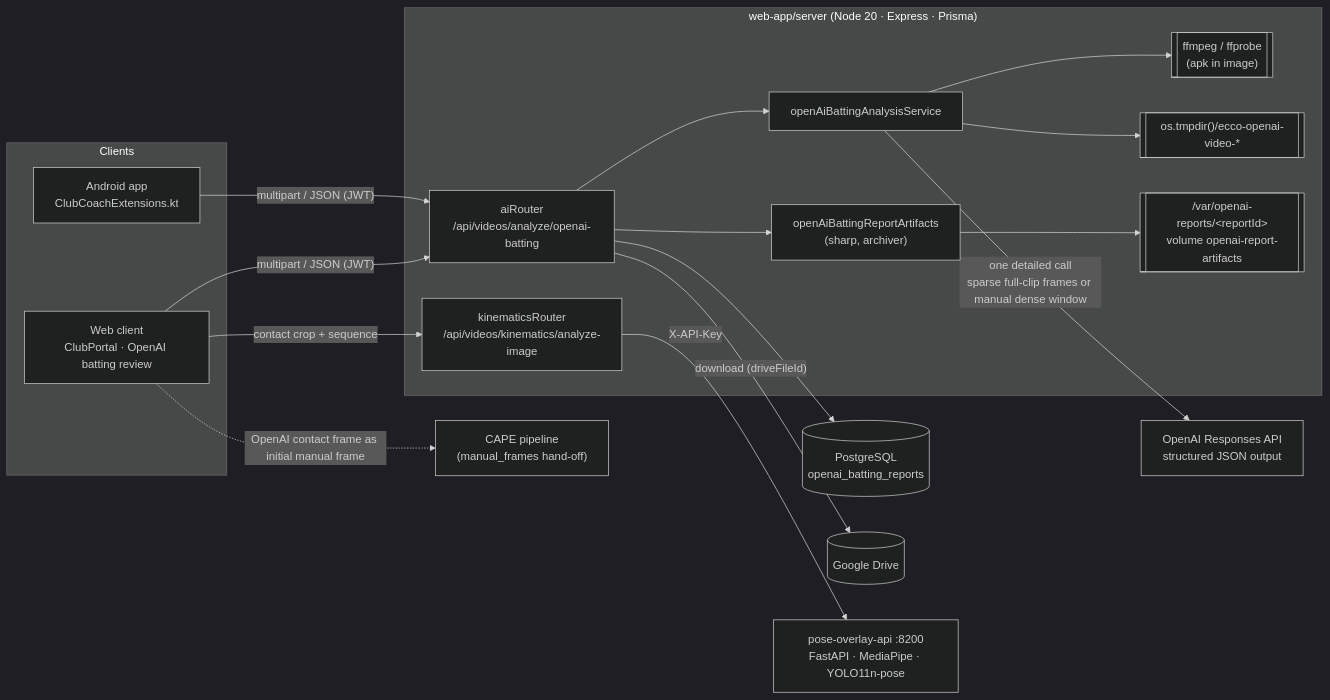
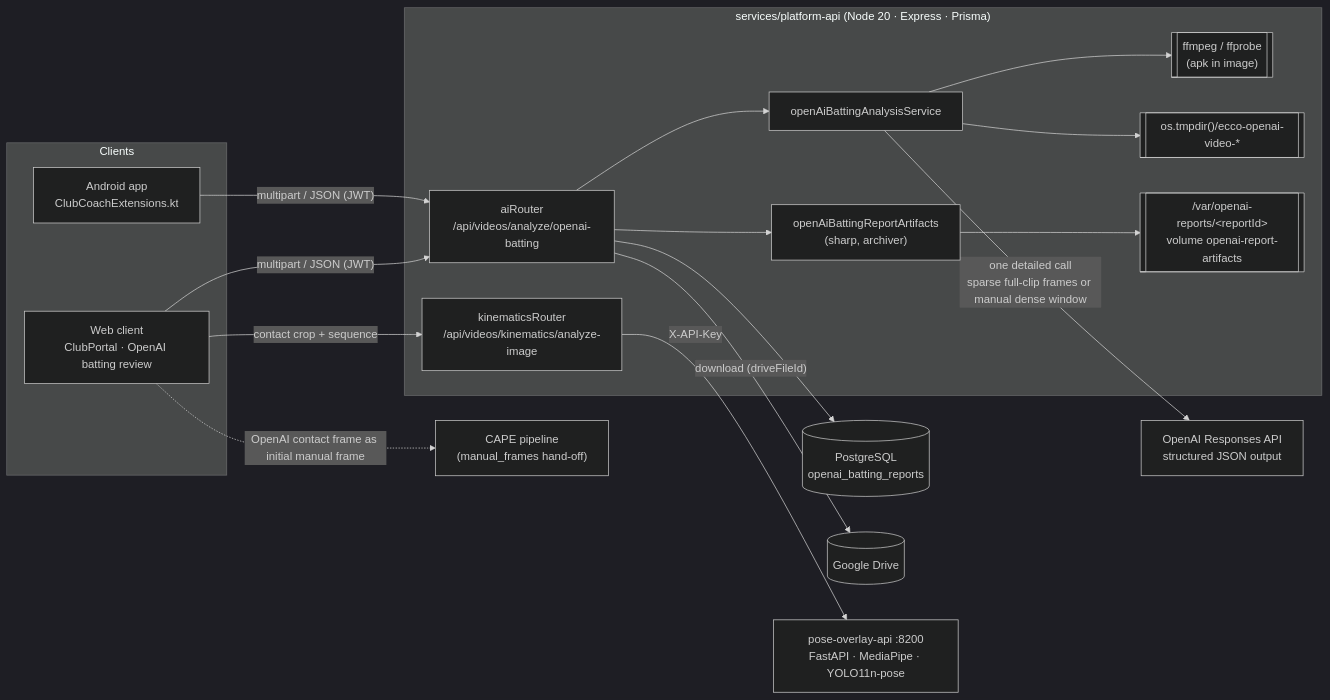
The first of 9 diagrams in docs/openai-analysis-architecture.md (shahanur/eCricketCoach), drawn with Mermaid (dark theme) before and after one commit. The commit also changed other lines of this file and 245 other files, not shown here.

````diff
--- a/docs/openai-analysis-architecture.md
+++ b/docs/openai-analysis-architecture.md
@@ -33,37 +33,37 @@
 ```mermaid
 flowchart LR
     subgraph Clients
         WEB["Web client<br/>ClubPortal · OpenAI batting review"]
         MOB["Android app<br/>ClubCoachExtensions.kt"]
     end
 
-    subgraph Server["web-app/server (Node 20 · Express · Prisma)"]
+    subgraph Server["services/platform-api (Node 20 · Express · Prisma)"]
         R["aiRouter<br/>/api/videos/analyze/openai-batting"]
         S["openAiBattingAnalysisService"]
         A["openAiBattingReportArtifacts<br/>(sharp, archiver)"]
         K["kinematicsRouter<br/>/api/videos/kinematics/analyze-image"]
         FF[["ffmpeg / ffprobe<br/>(apk in image)"]]
         TMP[["os.tmpdir()/ecco-openai-video-*"]]
         VOL[["/var/openai-reports/&lt;reportId&gt;<br/>volume openai-report-artifacts"]]
     end
 
     PG[("PostgreSQL<br/>openai_batting_reports")]
     GD[("Google Drive")]
     OAI["OpenAI Responses API<br/>structured JSON output"]
     POSE["pose-overlay-api :8200<br/>FastAPI · MediaPipe · YOLO11n-pose"]
     CAPE["CAPE pipeline<br/>(manual_frames hand-off)"]
 
     WEB -- "multipart / JSON (JWT)" --> R
     MOB -- "multipart / JSON (JWT)" --> R
     R -- "download (driveFileId)" --> GD
     R --> S
     S --> FF
     S --> TMP
     S -- "one detailed call<br/>sparse full-clip frames or manual dense window" --> OAI
     R --> A
     A --> VOL
     R --> PG
     WEB -- "contact crop + sequence" --> K
     K -- "X-API-Key" --> POSE
     WEB -. "OpenAI contact frame as initial manual frame" .-> CAPE
 ```
````
